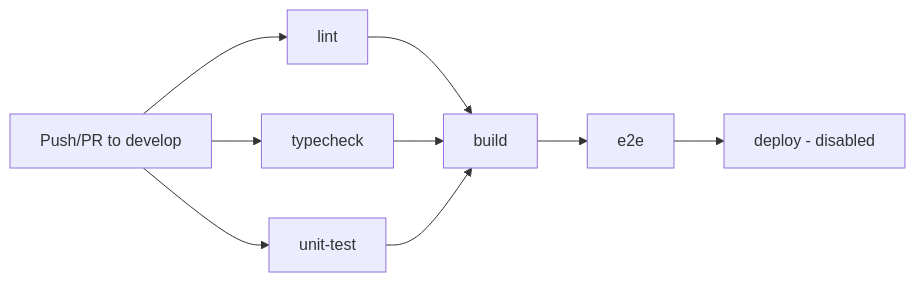
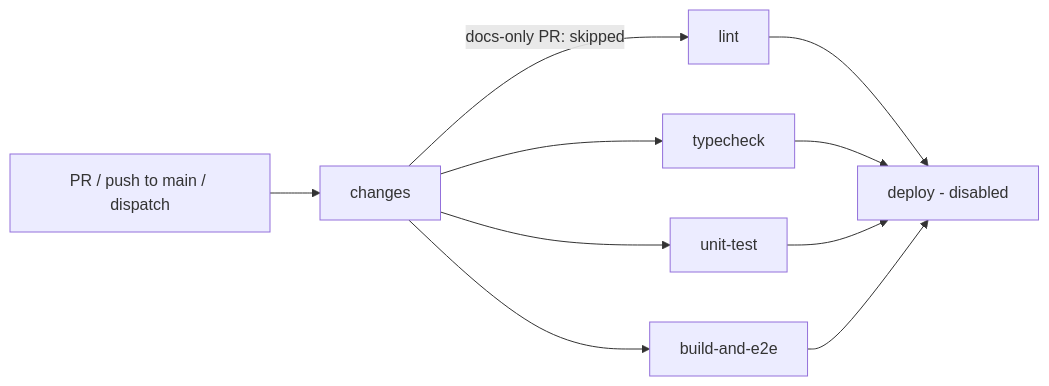
Before and after one commit to zzKool/af: the diagram in docs/ci-cd.md, drawn with Mermaid. The commit also changed other lines of this file and 7 other files, not shown here.

````diff
--- a/docs/ci-cd.md
+++ b/docs/ci-cd.md
@@ -7,11 +7,12 @@
 ```mermaid
 graph LR
-    A[Push/PR to develop] --> B[lint]
-    A --> C[typecheck]
-    A --> D[unit-test]
-    B --> E[build]
-    C --> E
-    D --> E
-    E --> F[e2e]
-    F --> G[deploy - disabled]
+    A[PR / push to main / dispatch] --> X[changes]
+    X -->|docs-only PR: skipped| B[lint]
+    X --> C[typecheck]
+    X --> D[unit-test]
+    X --> E[build-and-e2e]
+    B --> G[deploy - disabled]
+    C --> G
+    D --> G
+    E --> G
 ```
````
